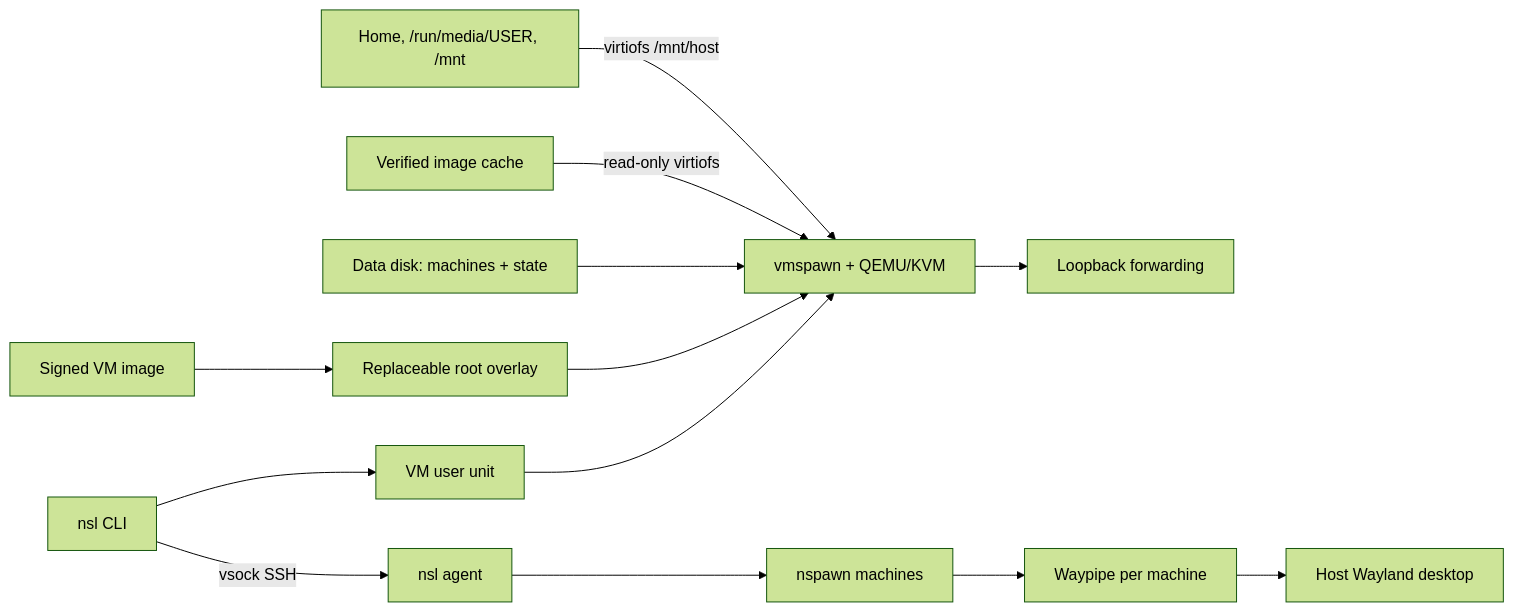
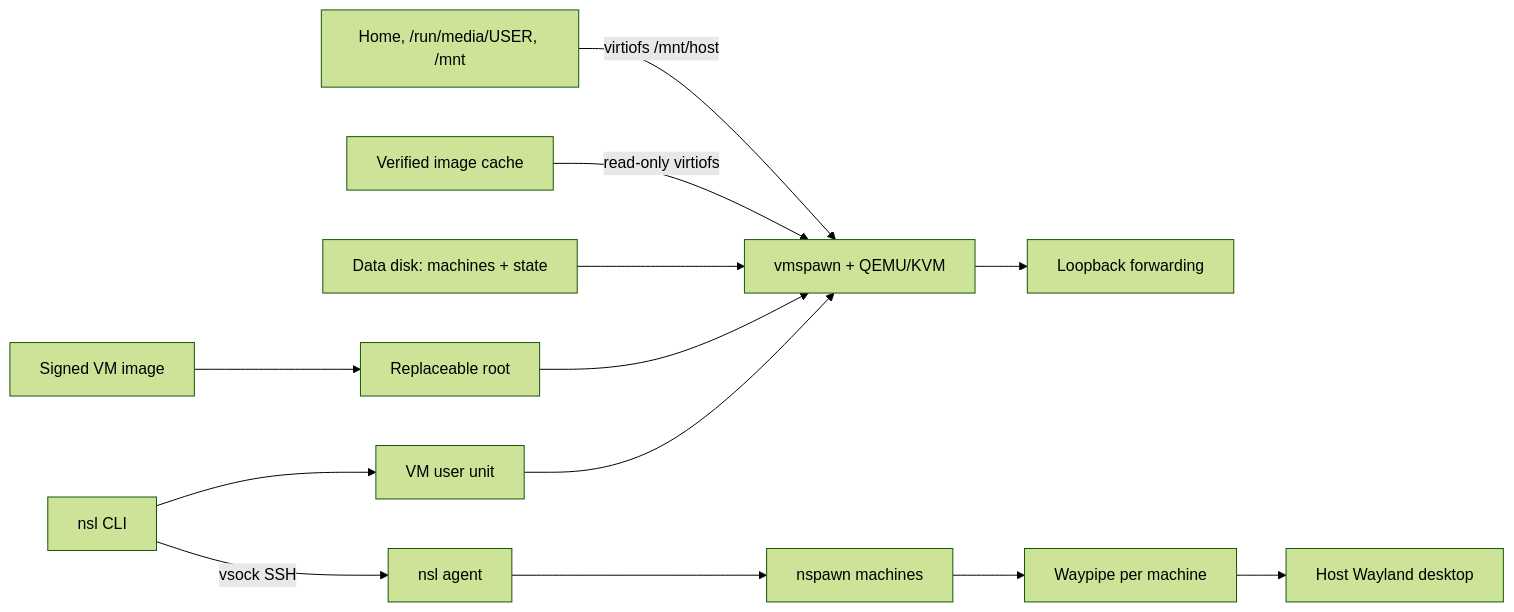
The diagram in docs/design/lifecycle.md (frostyard/nsl), drawn with Mermaid (forest theme) before and after one commit. The commit also changed other lines of this file and 17 other files, not shown here.

````diff
--- a/docs/design/lifecycle.md
+++ b/docs/design/lifecycle.md
@@ -9,15 +9,15 @@
 ```mermaid
 flowchart LR
     CLI[nsl CLI] --> Unit[VM user unit]
     Unit --> VM[vmspawn + QEMU/KVM]
-    VMImage[Signed VM image] --> Root[Replaceable root overlay]
+    VMImage[Signed VM image] --> Root[Replaceable root]
     Root --> VM
     Data[Data disk: machines + state] --> VM
     Cache[Verified image cache] -->|read-only virtiofs| VM
     Home[Home, /run/media/USER, /mnt] -->|virtiofs /mnt/host| VM
     CLI -->|vsock SSH| Agent[nsl agent]
     Agent --> Machines[nspawn machines]
     VM --> Ports[Loopback forwarding]
     Machines --> Waypipe[Waypipe per machine]
     Waypipe --> Desktop[Host Wayland desktop]
 ```
````
